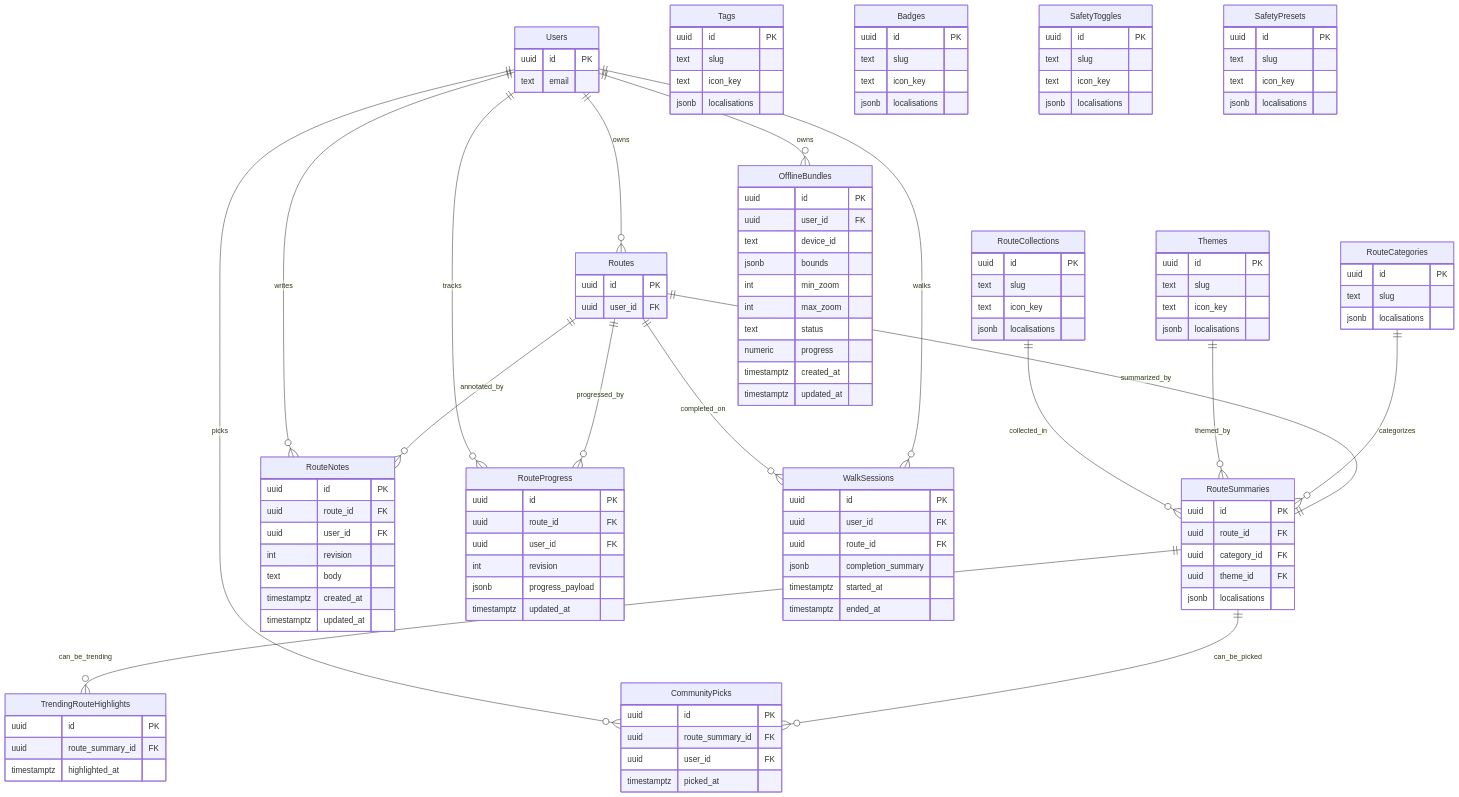
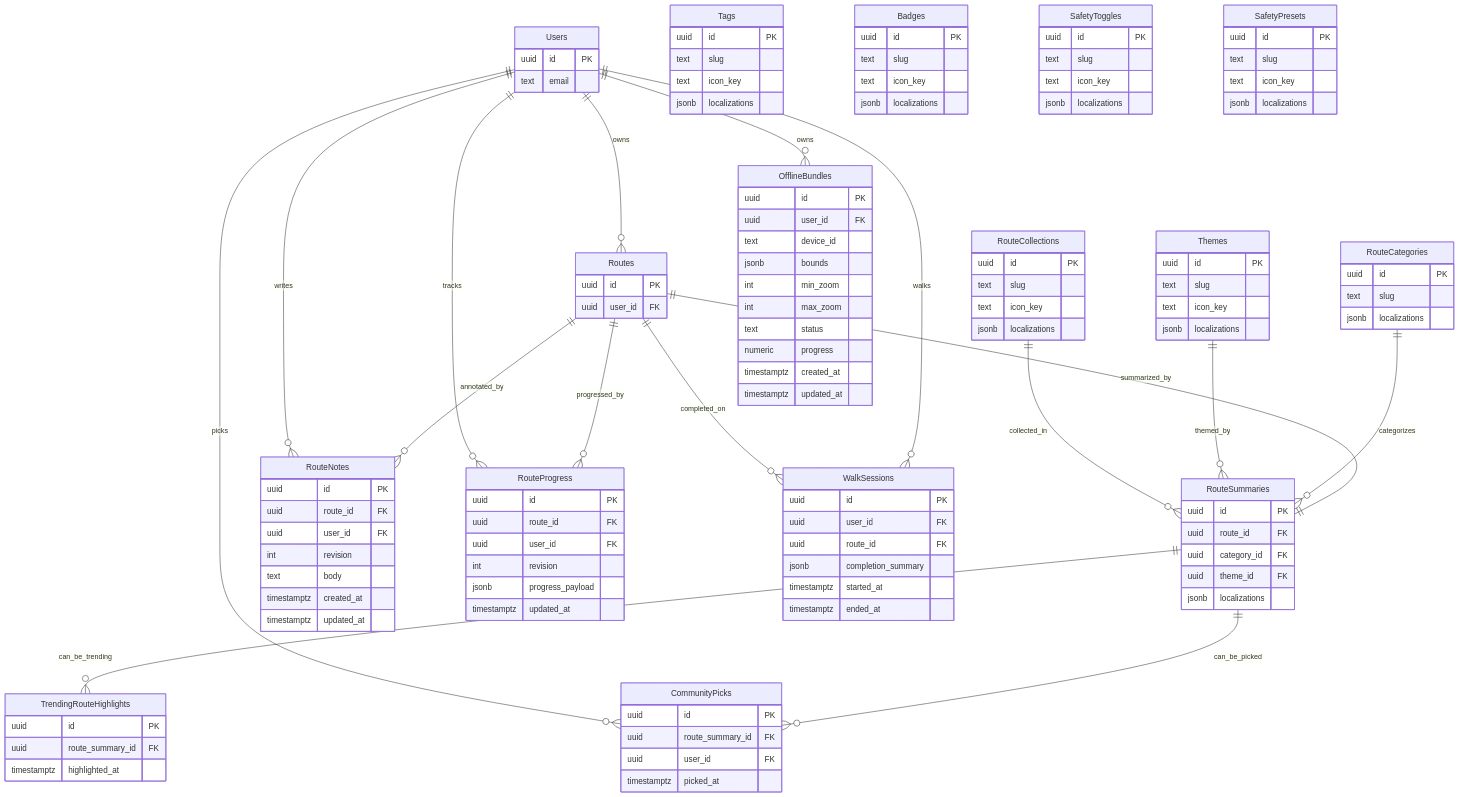
The fourth of 9 diagrams in docs/wildside-backend-architecture.md (leynos/wildside), drawn with Mermaid before and after one commit. The commit also changed other lines of this file and 1 other file, not shown here.

Commit message:
Use -ize spelling in backend docs
Normalize localisation wording to -ize forms in backend\nroadmap and architecture sections to keep terminology\nconsistent.

```diff
--- a/docs/wildside-backend-architecture.md
+++ b/docs/wildside-backend-architecture.md
@@ -527,27 +527,27 @@
     uuid route_id FK
     uuid category_id FK
     uuid theme_id FK
-    jsonb localisations
+    jsonb localizations
   }
 
   RouteCategories {
     uuid id PK
     text slug
-    jsonb localisations
+    jsonb localizations
   }
 
   Themes {
     uuid id PK
     text slug
     text icon_key
-    jsonb localisations
+    jsonb localizations
   }
 
   RouteCollections {
     uuid id PK
     text slug
     text icon_key
-    jsonb localisations
+    jsonb localizations
   }
 
   TrendingRouteHighlights {
@@ -567,28 +567,28 @@
     uuid id PK
     text slug
     text icon_key
-    jsonb localisations
+    jsonb localizations
   }
 
   Badges {
     uuid id PK
     text slug
     text icon_key
-    jsonb localisations
+    jsonb localizations
   }
 
   SafetyToggles {
     uuid id PK
     text slug
     text icon_key
-    jsonb localisations
+    jsonb localizations
   }
 
   SafetyPresets {
     uuid id PK
     text slug
     text icon_key
-    jsonb localisations
+    jsonb localizations
   }
 
   RouteNotes {
```
